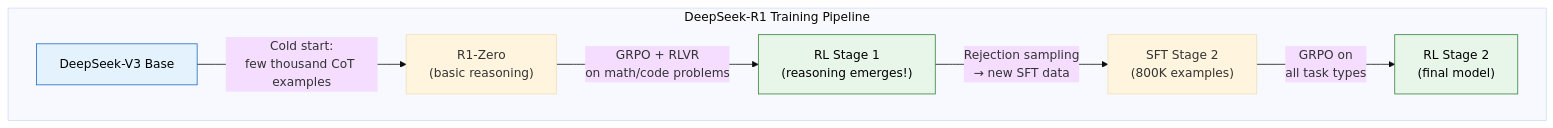
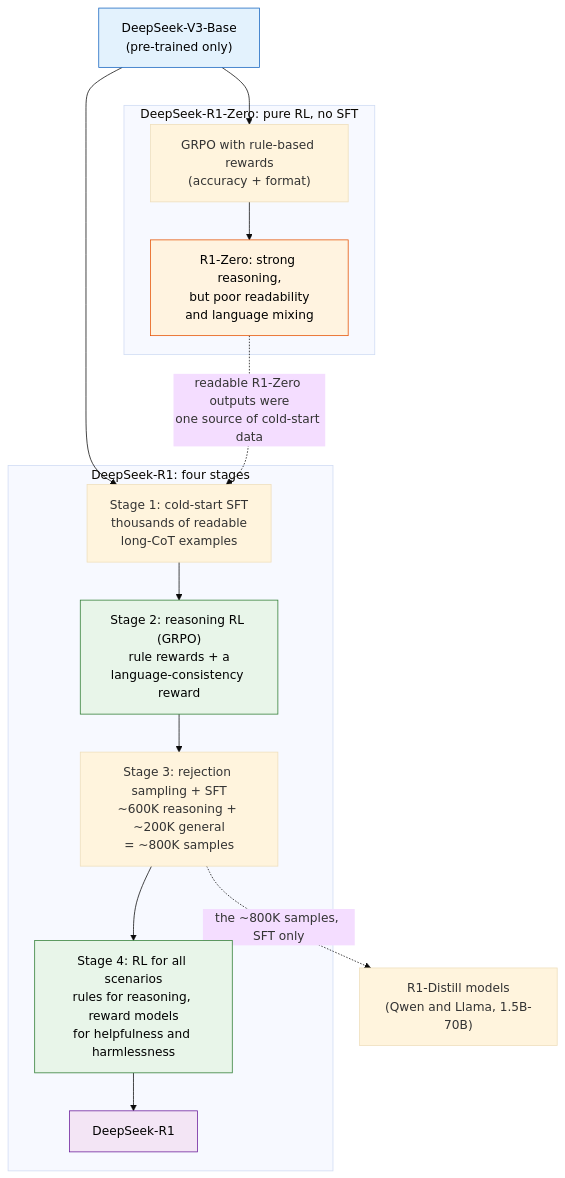
Before and after one commit to Hmago/ml4: diagram 14 of 26 in content/34b_google_top10_ml_interview_part2.md, drawn with Mermaid (base theme). The commit also changed other lines of this file and 59 other files, not shown here.

````diff
--- a/content/34b_google_top10_ml_interview_part2.md
+++ b/content/34b_google_top10_ml_interview_part2.md
@@ -1032,13 +1642,26 @@
 ```mermaid
 graph TD
-    subgraph "DeepSeek-R1 Training Pipeline"
-        BASE["DeepSeek-V3 Base"] -->|"Cold start:<br/>few thousand CoT examples"| SFT_INIT["R1-Zero<br/>(basic reasoning)"]
-        SFT_INIT -->|"GRPO + RLVR<br/>on math/code problems"| RL1["RL Stage 1<br/>(reasoning emerges!)"]
-        RL1 -->|"Rejection sampling<br/>→ new SFT data"| SFT2["SFT Stage 2<br/>(800K examples)"]
-        SFT2 -->|"GRPO on<br/>all task types"| RL2["RL Stage 2<br/>(final model)"]
+    BASE["DeepSeek-V3-Base<br/>(pre-trained only)"]
+
+    subgraph ZERO["DeepSeek-R1-Zero: pure RL, no SFT"]
+        Z1["GRPO with rule-based rewards<br/>(accuracy + format)"] --> Z2["R1-Zero: strong reasoning,<br/>but poor readability<br/>and language mixing"]
     end
 
+    subgraph FULL["DeepSeek-R1: four stages"]
+        S1["Stage 1: cold-start SFT<br/>thousands of readable<br/>long-CoT examples"] --> S2["Stage 2: reasoning RL (GRPO)<br/>rule rewards + a<br/>language-consistency reward"]
+        S2 --> S3["Stage 3: rejection sampling + SFT<br/>~600K reasoning + ~200K general<br/>= ~800K samples"]
+        S3 --> S4["Stage 4: RL for all scenarios<br/>rules for reasoning, reward models<br/>for helpfulness and harmlessness"]
+        S4 --> FINAL["DeepSeek-R1"]
+    end
+
+    BASE --> Z1
+    BASE --> S1
+    Z2 -.->|"readable R1-Zero outputs were<br/>one source of cold-start data"| S1
+    S3 -.->|"the ~800K samples, SFT only"| DIST["R1-Distill models<br/>(Qwen and Llama, 1.5B-70B)"]
+
     style BASE fill:#e3f2fd,stroke:#1565c0,color:#000
-    style RL1 fill:#e8f5e9,stroke:#2e7d32,color:#000
-    style RL2 fill:#e8f5e9,stroke:#2e7d32,color:#000
+    style Z2 fill:#fff3e0,stroke:#e65100,color:#000
+    style S2 fill:#e8f5e9,stroke:#2e7d32,color:#000
+    style S4 fill:#e8f5e9,stroke:#2e7d32,color:#000
+    style FINAL fill:#f3e5f5,stroke:#6a1b9a,color:#000
 ```
````
